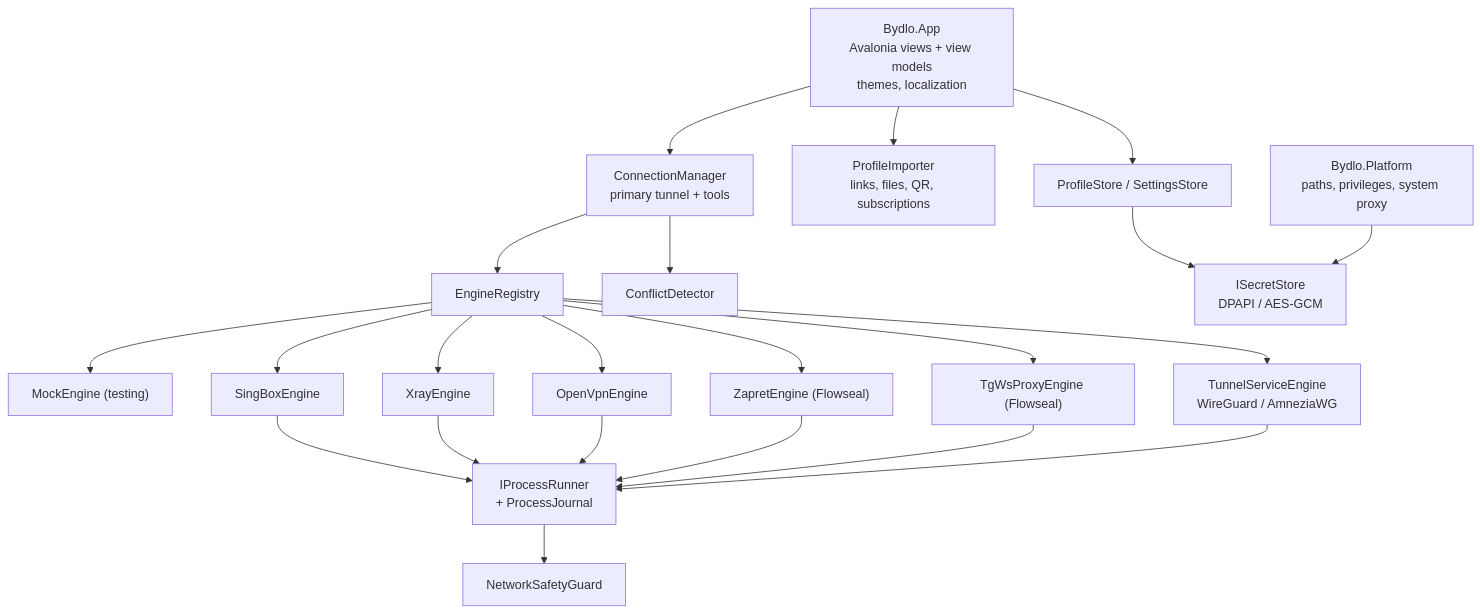
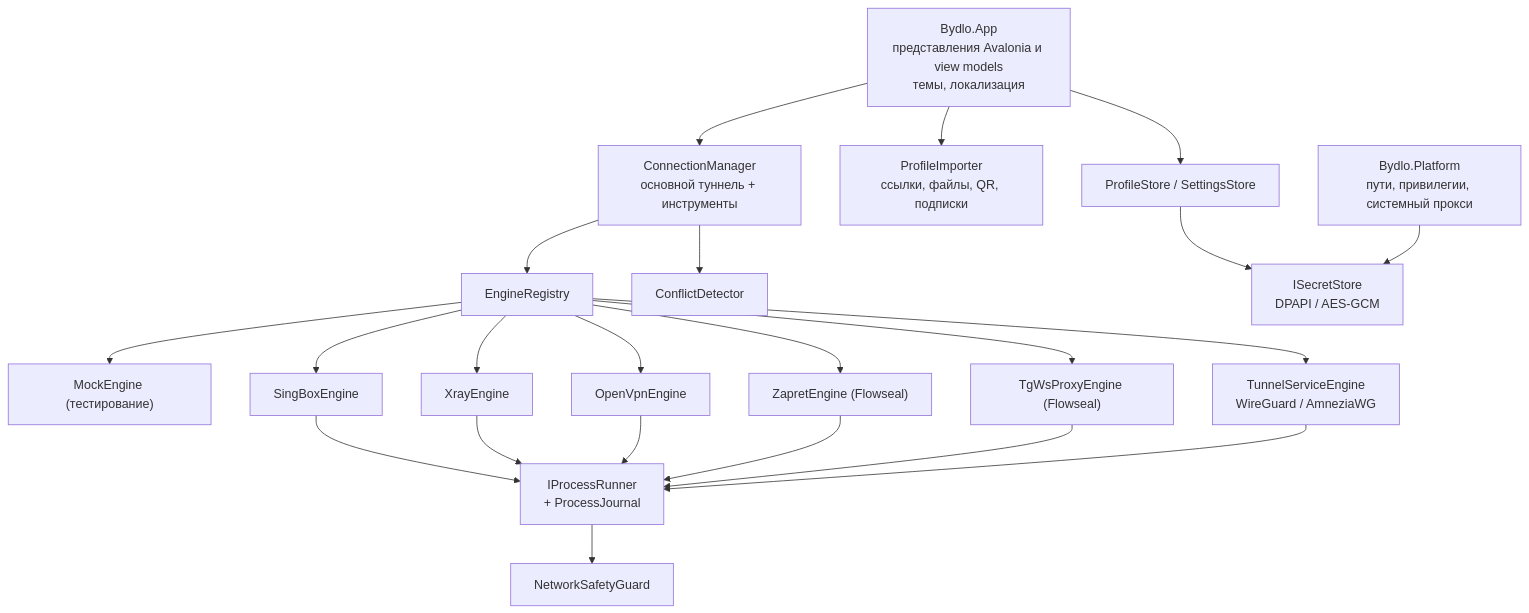
Before and after one commit to Aaqibhafeezkhan/BYDLO: the diagram in docs/ARCHITECTURE.md, drawn with Mermaid. The commit also changed other lines of this file and 17 other files, not shown here.

````diff
--- a/docs/ARCHITECTURE.md
+++ b/docs/ARCHITECTURE.md
@@ -6,20 +6,20 @@
 ```mermaid
 flowchart TD
-  UI["Bydlo.App<br/>Avalonia views + view models<br/>themes, localization"] --> CM["ConnectionManager<br/>primary tunnel + tools"]
-  UI --> IMP["ProfileImporter<br/>links, files, QR, subscriptions"]
+  UI["Bydlo.App<br/>представления Avalonia и view models<br/>темы, локализация"] --> CM["ConnectionManager<br/>основной туннель + инструменты"]
+  UI --> IMP["ProfileImporter<br/>ссылки, файлы, QR, подписки"]
   UI --> STORE["ProfileStore / SettingsStore"]
   CM --> REG["EngineRegistry"]
   CM --> CD["ConflictDetector"]
-  REG --> MOCK["MockEngine (testing)"]
+  REG --> MOCK["MockEngine (тестирование)"]
   REG --> SB["SingBoxEngine"]
   REG --> XR["XrayEngine"]
   REG --> WG["TunnelServiceEngine<br/>WireGuard / AmneziaWG"]
   REG --> OV["OpenVpnEngine"]
   REG --> ZA["ZapretEngine (Flowseal)"]
   REG --> TG["TgWsProxyEngine (Flowseal)"]
   SB & XR & OV & ZA & TG --> PR["IProcessRunner<br/>+ ProcessJournal"]
   WG --> PR
   PR --> GUARD["NetworkSafetyGuard"]
   STORE --> SEC["ISecretStore<br/>DPAPI / AES-GCM"]
-  PLAT["Bydlo.Platform<br/>paths, privileges, system proxy"] --> SEC
+  PLAT["Bydlo.Platform<br/>пути, привилегии, системный прокси"] --> SEC
 ```
````
